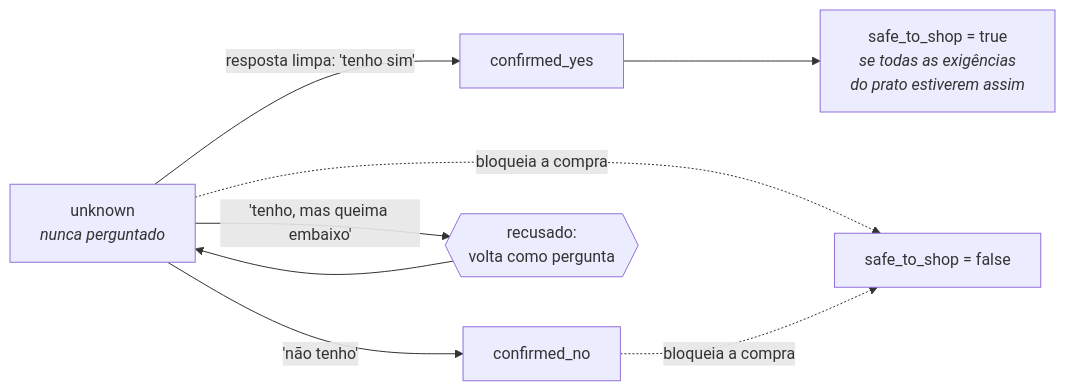
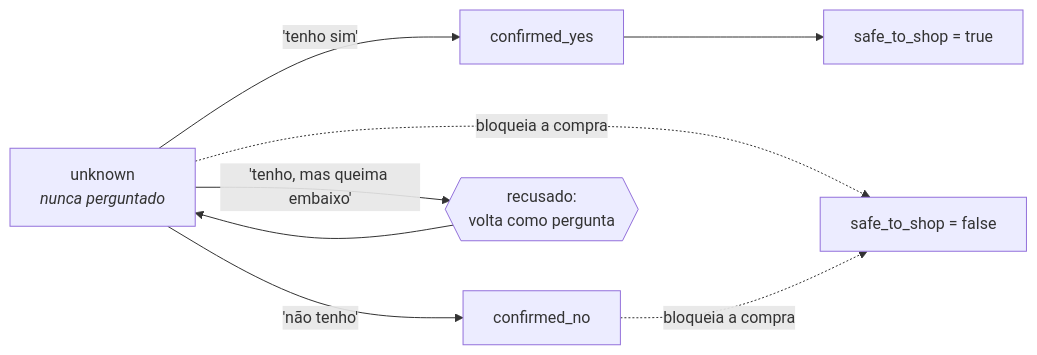
The first of 2 diagrams in README.md (lrdsouza/jacquinho), drawn with Mermaid before and after one commit. The commit also changed other lines of this file and 1 other file, not shown here.

````diff
--- a/README.md
+++ b/README.md
@@ -785,10 +242,10 @@
 ```mermaid
 flowchart LR
-    U["unknown<br/><i>nunca perguntado</i>"] -->|"resposta limpa: 'tenho sim'"| Y["confirmed_yes"]
+    U["unknown<br/><i>nunca perguntado</i>"] -->|"'tenho sim'"| Y["confirmed_yes"]
     U -->|"'não tenho'"| N["confirmed_no"]
     U -.->|bloqueia a compra| B["safe_to_shop = false"]
     N -.->|bloqueia a compra| B
-    Y --> OK["safe_to_shop = true<br/><i>se todas as exigências<br/>do prato estiverem assim</i>"]
     U -->|"'tenho, mas queima embaixo'"| H{{"recusado:<br/>volta como pergunta"}}
     H --> U
+    Y --> OK["safe_to_shop = true"]
 ```
````
